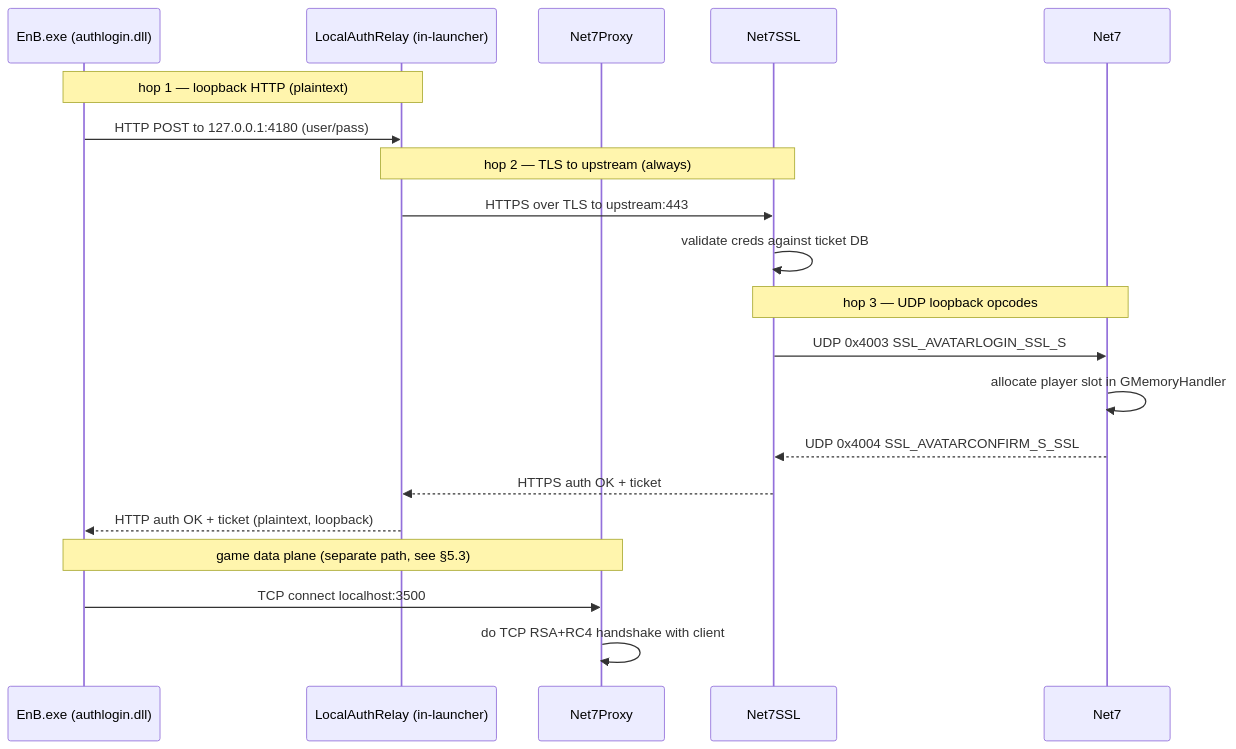
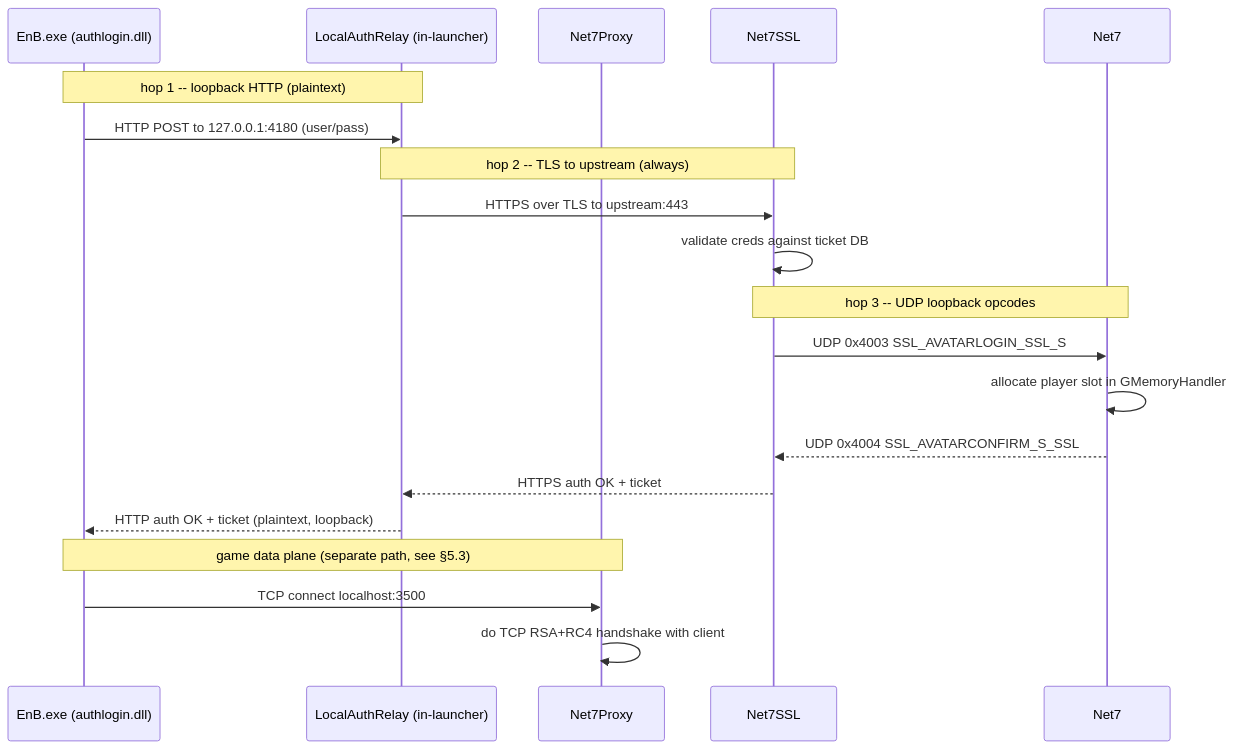
Before and after one commit to sigseg1v/enb-emulator: the first of 3 diagrams in docs/03-network-protocol.md, drawn with Mermaid. The commit also changed other lines of this file and 17 other files, not shown here.

````diff
--- a/docs/03-network-protocol.md
+++ b/docs/03-network-protocol.md
@@ -397,23 +412,23 @@
 ```mermaid
 sequenceDiagram
     participant Client as EnB.exe (authlogin.dll)
     participant Relay as LocalAuthRelay (in-launcher)
     participant Proxy as Net7Proxy
     participant SSL as Net7SSL
     participant Net7 as Net7
 
-    Note over Client,Relay: hop 1 — loopback HTTP (plaintext)
+    Note over Client,Relay: hop 1 -- loopback HTTP (plaintext)
     Client->>Relay: HTTP POST to 127.0.0.1:4180 (user/pass)
-    Note over Relay,SSL: hop 2 — TLS to upstream (always)
+    Note over Relay,SSL: hop 2 -- TLS to upstream (always)
     Relay->>SSL: HTTPS over TLS to upstream:443
     SSL->>SSL: validate creds against ticket DB
-    Note over SSL,Net7: hop 3 — UDP loopback opcodes
+    Note over SSL,Net7: hop 3 -- UDP loopback opcodes
     SSL->>Net7: UDP 0x4003 SSL_AVATARLOGIN_SSL_S
     Net7->>Net7: allocate player slot in GMemoryHandler
     Net7-->>SSL: UDP 0x4004 SSL_AVATARCONFIRM_S_SSL
     SSL-->>Relay: HTTPS auth OK + ticket
     Relay-->>Client: HTTP auth OK + ticket (plaintext, loopback)
     Note over Client,Proxy: game data plane (separate path, see §5.3)
     Client->>Proxy: TCP connect localhost:3500
     Proxy->>Proxy: do TCP RSA+RC4 handshake with client
 ```
````
